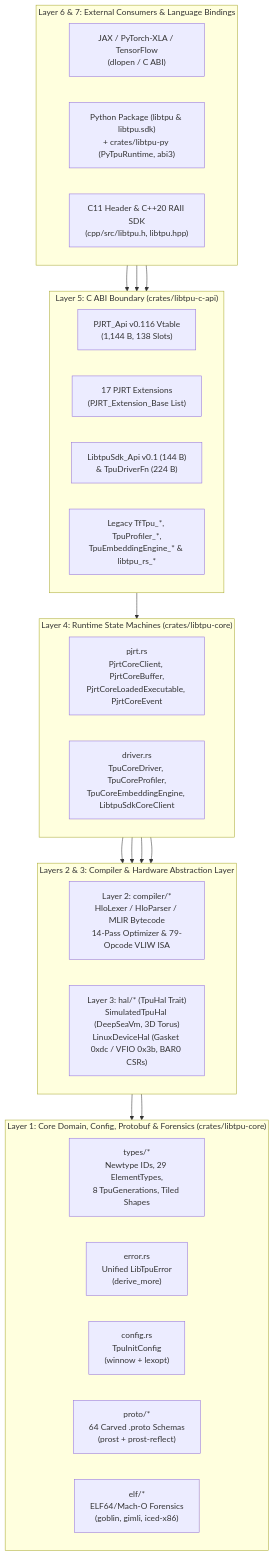
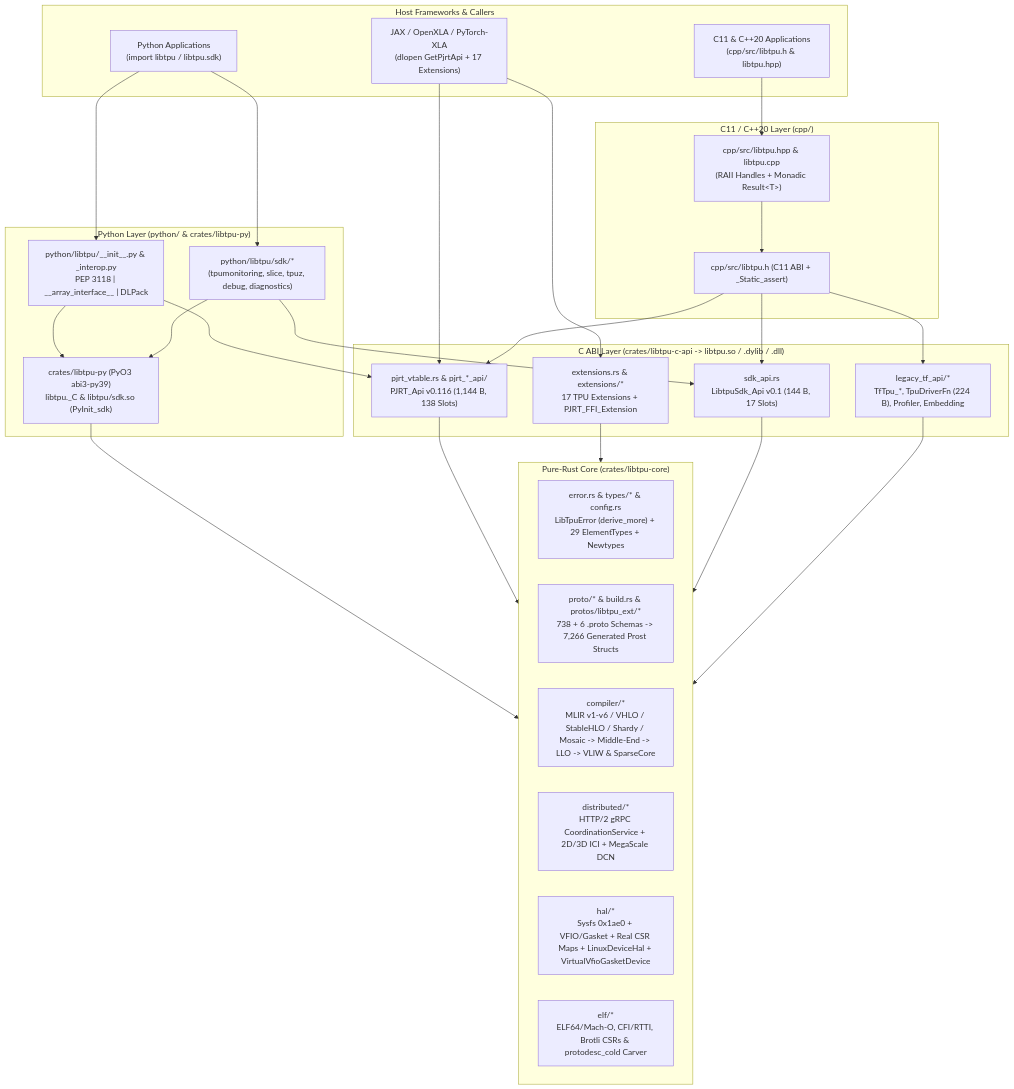
Before and after one commit to SamuelMarks/libtpu-rs: the diagram in ARCHITECTURE.md, drawn with Mermaid. The commit also changed other lines of this file and 995 other files, not shown here.

````diff
--- a/ARCHITECTURE.md
+++ b/ARCHITECTURE.md
@@ -241,49 +41,43 @@
 ```mermaid
-flowchart TB
-    subgraph Consumers["Layer 6 & 7: External Consumers & Language Bindings"]
-        direction LR
-        Frameworks["JAX / PyTorch-XLA / TensorFlow<br/>(dlopen / C ABI)"]
-        PySDK["Python Package (libtpu & libtpu.sdk)<br/>+ crates/libtpu-py (PyTpuRuntime, abi3)"]
-        CppSDK["C11 Header & C++20 RAII SDK<br/>(cpp/src/libtpu.h, libtpu.hpp)"]
+flowchart TD
+    subgraph External["Host Frameworks & Callers"]
+        JAX["JAX / OpenXLA / PyTorch-XLA<br/>(dlopen GetPjrtApi + 17 Extensions)"]
+        CppApp["C11 & C++20 Applications<br/>(cpp/src/libtpu.h & libtpu.hpp)"]
+        PyApp["Python Applications<br/>(import libtpu / libtpu.sdk)"]
     end
 
-    subgraph CApi["Layer 5: C ABI Boundary (crates/libtpu-c-api)"]
-        direction LR
-        PjrtVtable["PJRT_Api v0.116 Vtable<br/>(1,144 B, 138 Slots)"]
-        ExtChain["17 PJRT Extensions<br/>(PJRT_Extension_Base List)"]
-        SdkVtable["LibtpuSdk_Api v0.1 (144 B)<br/>& TpuDriverFn (224 B)"]
-        LegacyApi["Legacy TfTpu_*, TpuProfiler_*,<br/>TpuEmbeddingEngine_* & libtpu_rs_*"]
+    subgraph PyPkg["Python Layer (python/ & crates/libtpu-py)"]
+        PyMod["python/libtpu/__init__.py & _interop.py<br/>PEP 3118 | __array_interface__ | DLPack"]
+        PySdk["python/libtpu/sdk/*<br/>(tpumonitoring, slice, tpuz, debug, diagnostics)"]
+        PyO3Crate["crates/libtpu-py (PyO3 abi3-py39)<br/>libtpu._C & libtpu/sdk.so (PyInit_sdk)"]
     end
 
-    subgraph Runtime["Layer 4: Runtime State Machines (crates/libtpu-core)"]
-        direction LR
-        PjrtCore["pjrt.rs<br/>PjrtCoreClient, PjrtCoreBuffer,<br/>PjrtCoreLoadedExecutable, PjrtCoreEvent"]
-        DriverCore["driver.rs<br/>TpuCoreDriver, TpuCoreProfiler,<br/>TpuCoreEmbeddingEngine, LibtpuSdkCoreClient"]
+    subgraph CppLayer["C11 / C++20 Layer (cpp/)"]
+        CHdr["cpp/src/libtpu.h (C11 ABI + _Static_assert)"]
+        CppSdk["cpp/src/libtpu.hpp & libtpu.cpp<br/>(RAII Handles + Monadic Result&lt;T&gt;)"]
     end
 
-    subgraph Subsystems["Layers 2 & 3: Compiler & Hardware Abstraction Layer"]
-        direction LR
-        Compiler["Layer 2: compiler/*<br/>HloLexer / HloParser / MLIR Bytecode<br/>14-Pass Optimizer & 79-Opcode VLIW ISA"]
-        HAL["Layer 3: hal/* (TpuHal Trait)<br/>SimulatedTpuHal (DeepSeaVm, 3D Torus)<br/>LinuxDeviceHal (Gasket 0xdc / VFIO 0x3b, BAR0 CSRs)"]
+    subgraph CApi["C ABI Layer (crates/libtpu-c-api -> libtpu.so / .dylib / .dll)"]
+        PjrtVtbl["pjrt_vtable.rs & pjrt_*_api/<br/>PJRT_Api v0.116 (1,144 B, 138 Slots)"]
+        ExtChain["extensions.rs & extensions/*<br/>17 TPU Extensions + PJRT_FFI_Extension"]
+        SdkVtbl["sdk_api.rs<br/>LibtpuSdk_Api v0.1 (144 B, 17 Slots)"]
+        LegacyTf["legacy_tf_api/*<br/>TfTpu_*, TpuDriverFn (224 B), Profiler, Embedding"]
     end
 
-    subgraph Foundation["Layer 1: Core Domain, Config, Protobuf & Forensics (crates/libtpu-core)"]
-        direction LR
-        Types["types/*<br/>Newtype IDs, 29 ElementTypes,<br/>8 TpuGenerations, Tiled Shapes"]
-        Error["error.rs<br/>Unified LibTpuError<br/>(derive_more)"]
-        Config["config.rs<br/>TpuInitConfig<br/>(winnow + lexopt)"]
-        Proto["proto/*<br/>64 Carved .proto Schemas<br/>(prost + prost-reflect)"]
-        Elf["elf/*<br/>ELF64/Mach-O Forensics<br/>(goblin, gimli, iced-x86)"]
+    subgraph Core["Pure-Rust Core (crates/libtpu-core)"]
+        ErrTypes["error.rs & types/* & config.rs<br/>LibTpuError (derive_more) + 29 ElementTypes + Newtypes"]
+        Proto["proto/* & build.rs & protos/libtpu_ext/*<br/>738 + 6 .proto Schemas -> 7,266 Generated Prost Structs"]
+        Compiler["compiler/*<br/>MLIR v1-v6 / VHLO / StableHLO / Shardy / Mosaic -> Middle-End -> LLO -> VLIW & SparseCore"]
+        Dist["distributed/*<br/>HTTP/2 gRPC CoordinationService + 2D/3D ICI + MegaScale DCN"]
+        Hal["hal/*<br/>Sysfs 0x1ae0 + VFIO/Gasket + Real CSR Maps + LinuxDeviceHal + VirtualVfioGasketDevice"]
+        Elf["elf/*<br/>ELF64/Mach-O, CFI/RTTI, Brotli CSRs & protodesc_cold Carver"]
     end
 
-    Frameworks --> CApi
-    PySDK --> CApi
-    CppSDK --> CApi
-    CApi --> Runtime
-    PjrtCore --> Compiler
-    PjrtCore --> HAL
-    DriverCore --> Compiler
-    DriverCore --> HAL
-    Compiler --> Foundation
-    HAL --> Foundation
+    JAX --> PjrtVtbl & ExtChain
+    CppApp --> CppSdk --> CHdr --> PjrtVtbl & SdkVtbl & LegacyTf
+    PyApp --> PyMod & PySdk
+    PyMod --> PyO3Crate & PjrtVtbl
+    PySdk --> PyO3Crate & SdkVtbl
+    PyO3Crate --> Core
+    PjrtVtbl & ExtChain & SdkVtbl & LegacyTf --> Core
 ```
````
